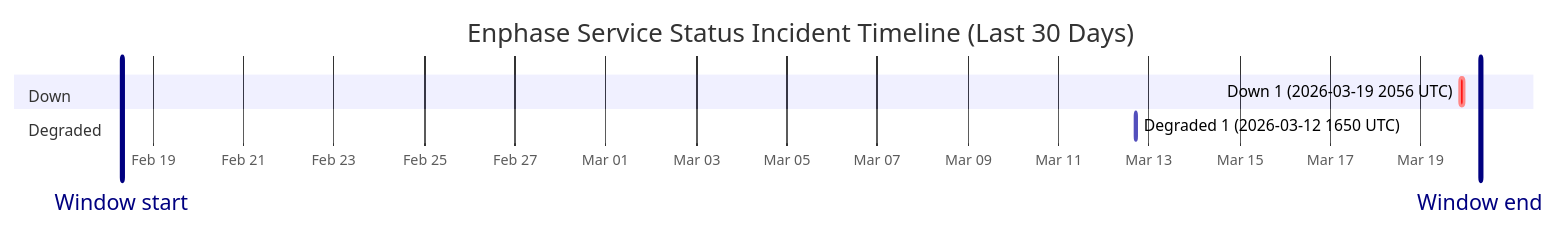
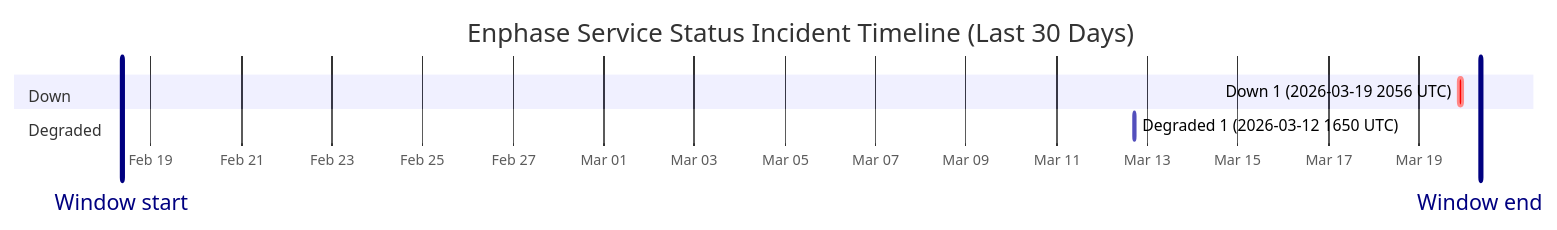
The diagram in wiki/Service-Status-History.md (barneyonline/ha-enphase-ev-charger), drawn with Mermaid before and after one commit. The commit also changed other lines of this file and 3 other files, not shown here.

````diff
--- a/wiki/Service-Status-History.md
+++ b/wiki/Service-Status-History.md
@@ -14,12 +14,12 @@
 ```mermaid
 gantt
     title Enphase Service Status Incident Timeline (Last 30 Days)
     dateFormat  YYYY-MM-DDTHH:mm:ss
     axisFormat  %b %d
-    Window start :vert, window-start, 2026-02-18T07:39:34, 0ms
-    Window end :vert, window-end, 2026-03-20T07:39:34, 0ms
+    Window start :vert, window-start, 2026-02-18T08:30:45, 0ms
+    Window end :vert, window-end, 2026-03-20T08:30:45, 0ms
     section Down
     Down 1 (2026-03-19 2056 UTC) :crit, down-1, 2026-03-19T20:56:20, 145m
     section Degraded
     Degraded 1 (2026-03-12 1650 UTC) :active, degraded-1, 2026-03-12T16:50:43, 60m
 ```
````
